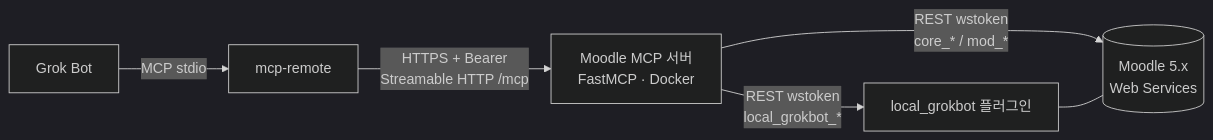
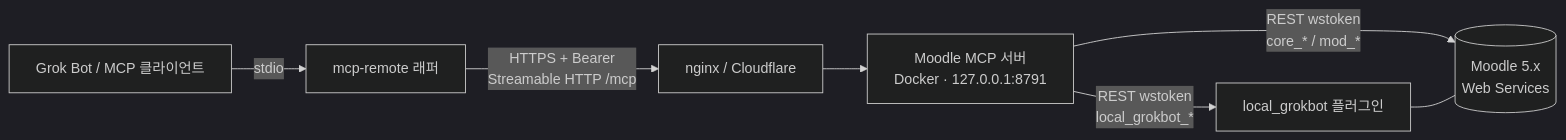
The diagram in README.md (scottnaddle/moodle-agent-mcp), drawn with Mermaid (dark theme) before and after one commit. The commit also changed other lines of this file and 12 other files, not shown here.

Commit message:
Installable kit: Moodle setup script, INSTALL/ROLLBACK, nginx/TLS templates, client wrapper, smoke test; optional-plugin hints

````diff
--- a/README.md
+++ b/README.md
@@ -12,8 +21,9 @@
 ```mermaid
 flowchart LR
-  G[Grok Bot] -- MCP stdio --> R[mcp-remote]
-  R -- "HTTPS + Bearer<br/>Streamable HTTP /mcp" --> S[Moodle MCP 서버<br/>FastMCP · Docker]
+  G[Grok Bot / MCP 클라이언트] -- stdio --> R[mcp-remote 래퍼]
+  R -- "HTTPS + Bearer<br/>Streamable HTTP /mcp" --> N[nginx / Cloudflare]
+  N --> S[Moodle MCP 서버<br/>Docker · 127.0.0.1:8791]
   S -- "REST wstoken<br/>core_* / mod_*" --> M[(Moodle 5.x<br/>Web Services)]
   S -- "REST wstoken<br/>local_grokbot_*" --> P[local_grokbot 플러그인]
   P --- M
 ```
````
